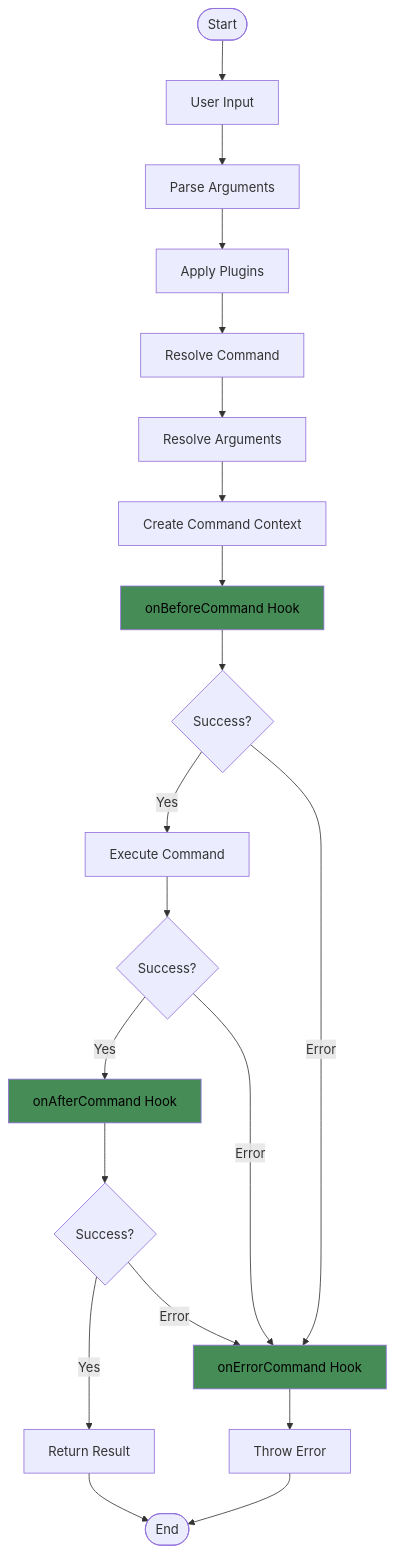
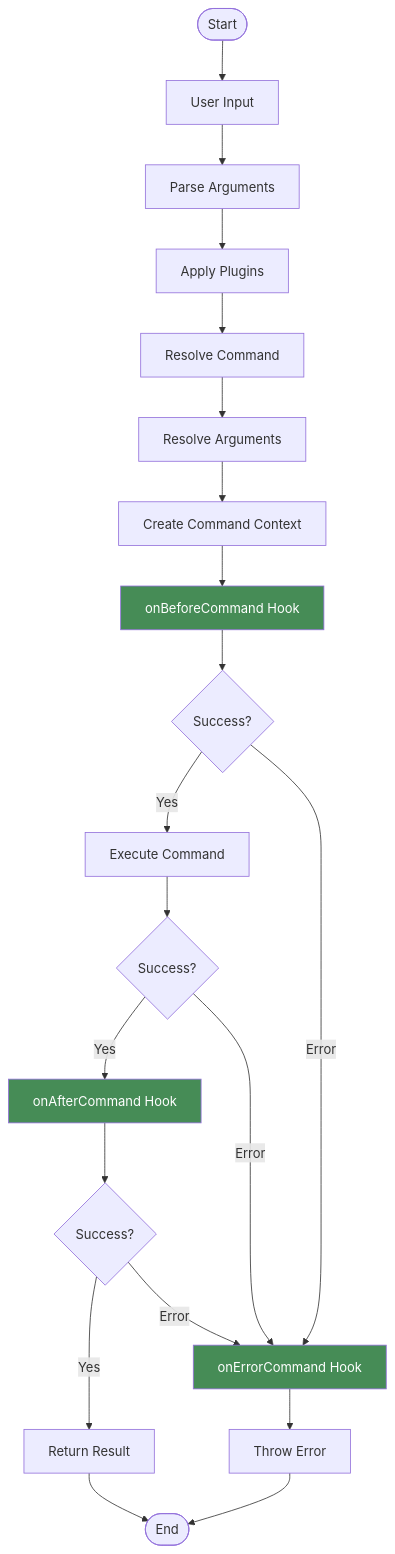
The first of 2 diagrams in packages/docs/src/guide/advanced/command-hooks.md (kazupon/gunshi), drawn with Mermaid before and after one commit. The commit also changed other lines of this file and 1 other file, not shown here.

Commit message:
docs: tweak mermaid styles

````diff
--- a/packages/docs/src/guide/advanced/command-hooks.md
+++ b/packages/docs/src/guide/advanced/command-hooks.md
@@ -9,26 +9,26 @@
 ```mermaid
 graph TD
     Start([Start]) --> A[User Input]
     A --> B[Parse Arguments]
     B --> C[Apply Plugins]
     C --> D[Resolve Command]
     D --> E[Resolve Arguments]
     E --> F[Create Command Context]
     F --> G[onBeforeCommand Hook]
     G --> H{Success?}
     H -->|Yes| I[Execute Command]
     H -->|Error| K[onErrorCommand Hook]
     I --> J{Success?}
     J -->|Yes| L[onAfterCommand Hook]
     J -->|Error| K
     L --> M{Success?}
     M -->|Yes| N[Return Result]
     M -->|Error| K
     K --> O[Throw Error]
     N --> P([End])
     O --> P
 
-    style G fill:#468c56,color:#000000
-    style L fill:#468c56,color:#000000
-    style K fill:#468c56,color:#000000
+    style G fill:#468c56,color:white
+    style L fill:#468c56,color:white
+    style K fill:#468c56,color:white
 ```
````
